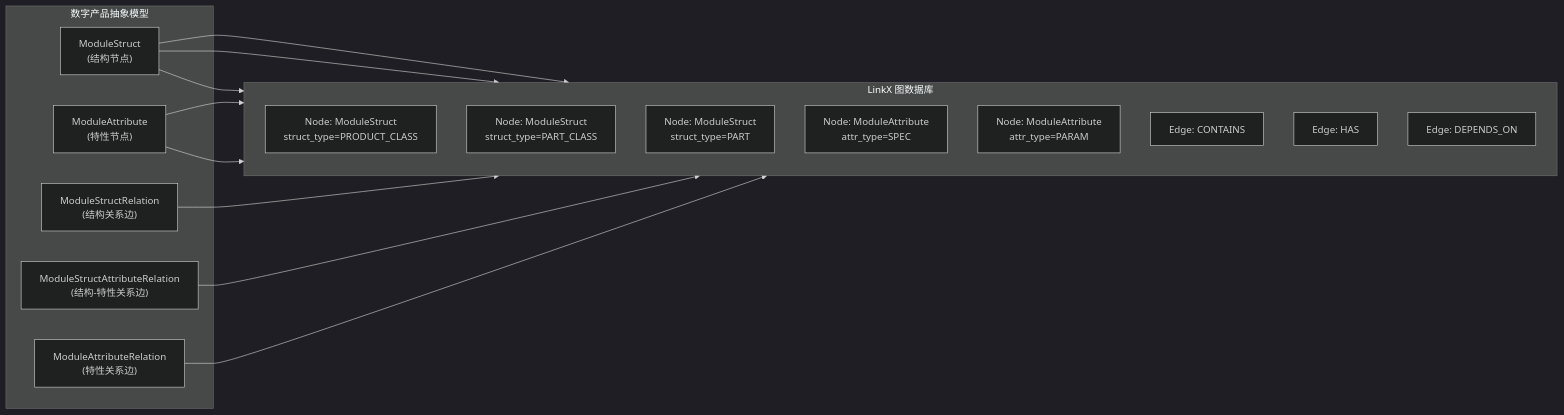
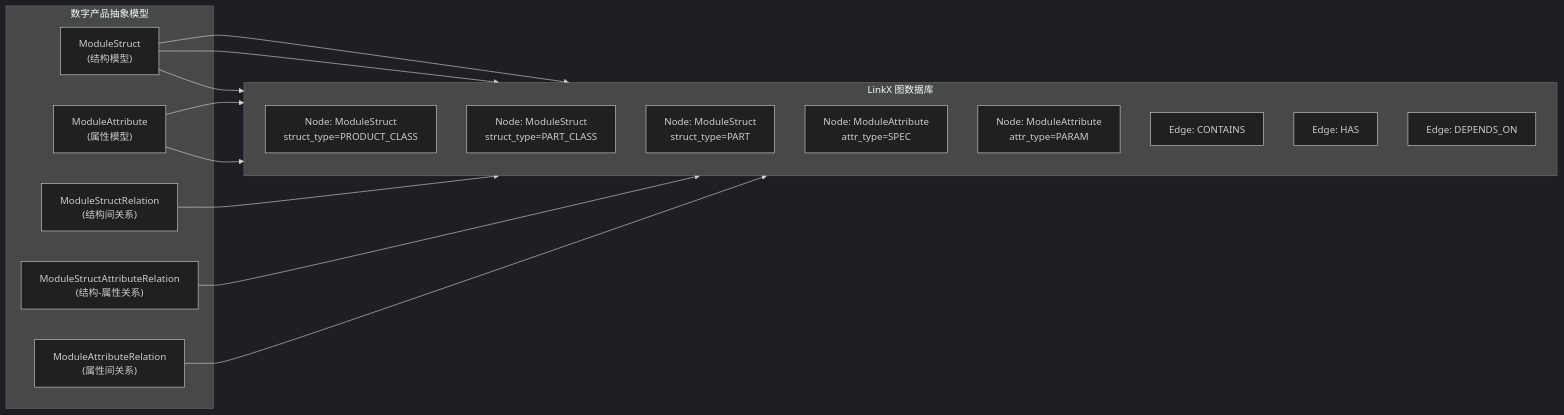
One commit to goflyboy/digitalproduct changed the fourth of 8 diagrams in docs/数字产品系统架构设计说明书.md. Above: the diagram before and after it, drawn with Mermaid (dark theme). The commit also changed other lines of this file, not shown here.

````diff
--- a/docs/数字产品系统架构设计说明书.md
+++ b/docs/数字产品系统架构设计说明书.md
@@ -1648,31 +1733,31 @@
 ```mermaid
 flowchart LR
     subgraph Abstract["数字产品抽象模型"]
-        MS["ModuleStruct<br/>(结构节点)"]
-        MA["ModuleAttribute<br/>(特性节点)"]
-        R1["ModuleStructRelation<br/>(结构关系边)"]
-        R2["ModuleStructAttributeRelation<br/>(结构-特性关系边)"]
-        R3["ModuleAttributeRelation<br/>(特性关系边)"]
+        MS["ModuleStruct<br/>(结构模型)"]
+        MA["ModuleAttribute<br/>(属性模型)"]
+        R1["ModuleStructRelation<br/>(结构间关系)"]
+        R2["ModuleStructAttributeRelation<br/>(结构-属性关系)"]
+        R3["ModuleAttributeRelation<br/>(属性间关系)"]
     end
 
     subgraph LinkX["LinkX 图数据库"]
         direction TB
         Node1["Node: ModuleStruct<br/>struct_type=PRODUCT_CLASS"]
         Node2["Node: ModuleStruct<br/>struct_type=PART_CLASS"]
         Node3["Node: ModuleStruct<br/>struct_type=PART"]
         Node4["Node: ModuleAttribute<br/>attr_type=SPEC"]
         Node5["Node: ModuleAttribute<br/>attr_type=PARAM"]
         Edge1["Edge: CONTAINS"]
         Edge2["Edge: HAS"]
         Edge3["Edge: DEPENDS_ON"]
     end
 
     MS --> Node1
     MS --> Node2
     MS --> Node3
     MA --> Node4
     MA --> Node5
     R1 --> Edge1
     R2 --> Edge2
     R3 --> Edge3
 ```
````
